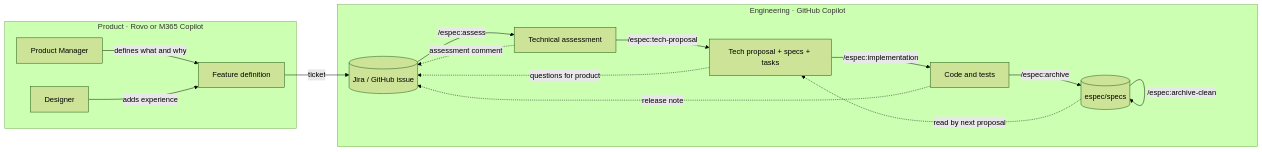
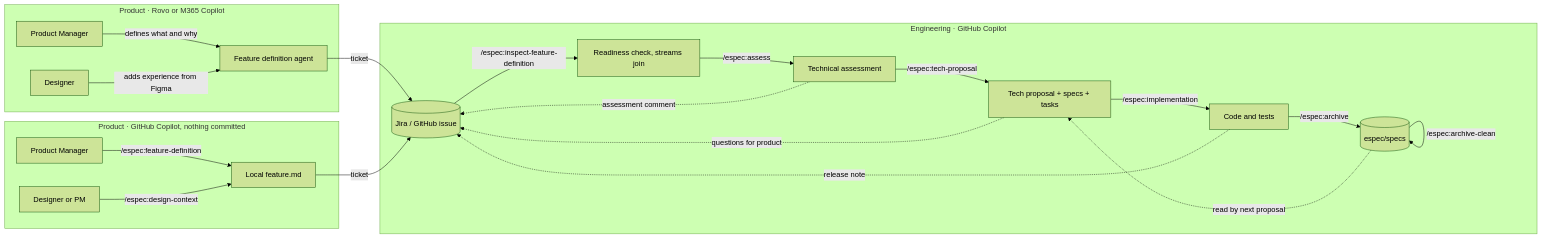
Before and after one commit to Mindera/Enterprise-Spec-Driven-Development: the diagram in README.md, drawn with Mermaid (forest theme). The commit also changed other lines of this file and 14 other files, not shown here.

Commit message:
Two ways to start phase 1: Rovo/M365 or GitHub Copilot, joining at the readiness check (v1.0.23)

````diff
--- a/README.md
+++ b/README.md
@@ -227,19 +236,25 @@
 ```mermaid
 flowchart LR
-  subgraph product [Product · Rovo or M365 Copilot]
-    PM[Product Manager] -->|defines what and why| FD[Feature definition]
-    DS[Designer] -->|adds experience| FD
+  subgraph productA [Product · Rovo or M365 Copilot]
+    PMA[Product Manager] -->|defines what and why| FDA[Feature definition agent]
+    DSA[Designer] -->|adds experience from Figma| FDA
   end
-  FD -->|ticket| T[(Jira / GitHub issue)]
+  subgraph productB [Product · GitHub Copilot, nothing committed]
+    PMB[Product Manager] -->|/espec:feature-definition| FDB[Local feature.md]
+    DSB[Designer or PM] -->|/espec:design-context| FDB
+  end
+  FDA -->|ticket| T[(Jira / GitHub issue)]
+  FDB -->|ticket| T
   subgraph eng [Engineering · GitHub Copilot]
-    T -->|/espec:assess| AS[Technical assessment]
+    T -->|/espec:inspect-feature-definition| RC[Readiness check, streams join]
+    RC -->|/espec:assess| AS[Technical assessment]
     AS -->|/espec:tech-proposal| TP[Tech proposal + specs + tasks]
     TP -->|/espec:implementation| CODE[Code and tests]
     CODE -->|/espec:archive| SPECS[(espec/specs)]
     SPECS -.->|read by next proposal| TP
     SPECS -->|/espec:archive-clean| SPECS
   end
   AS -.->|assessment comment| T
   TP -.->|questions for product| T
   CODE -.->|release note| T
 ```
````
